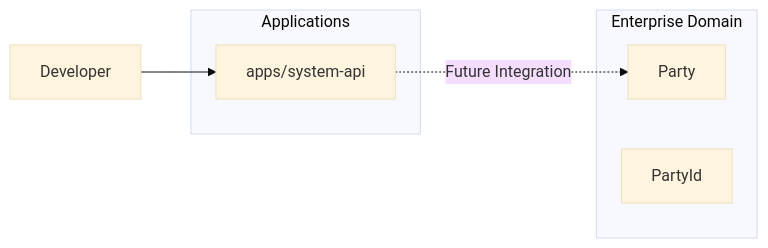
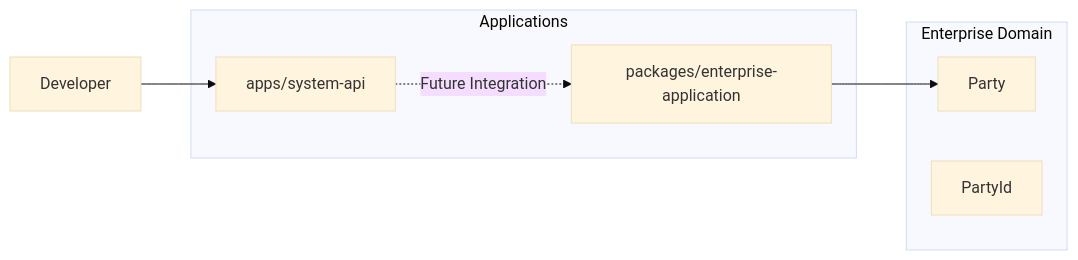
Before and after one commit to vishchandran/epos: the first of 8 diagrams in docs/architecture/software-architecture.md, drawn with Mermaid (base theme). The commit also changed other lines of this file and 3 other files, not shown here.

````diff
--- a/docs/architecture/software-architecture.md
+++ b/docs/architecture/software-architecture.md
@@ -24,19 +24,21 @@
 ```mermaid
 flowchart LR
 
 Developer[Developer]
 
 Developer --> SystemAPI
 
 subgraph Applications
 SystemAPI["apps/system-api"]
+Application["packages/enterprise-application"]
 end
 
 subgraph Enterprise Domain
 Party["Party"]
 PartyId["PartyId"]
 end
 
-SystemAPI -. Future Integration .-> Party
+SystemAPI -. Future Integration .-> Application
+Application --> Party
 
 ```
````
